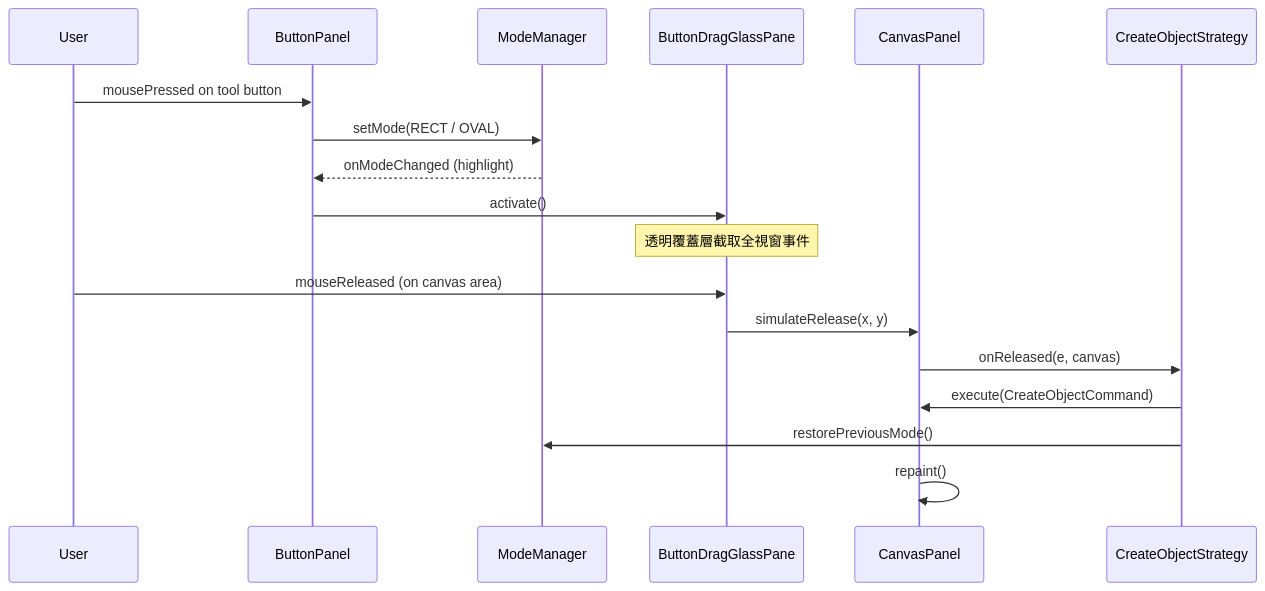
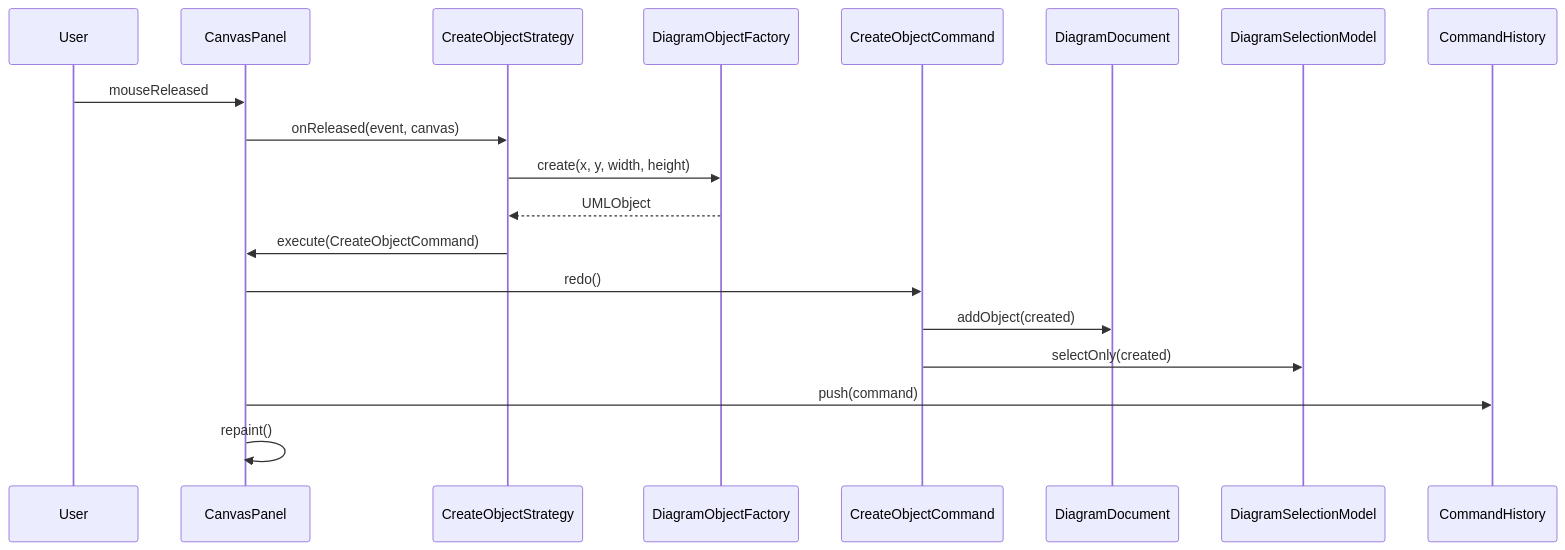
The fifth of 10 diagrams in ARCHITECTURE.md (HsuChen88/UML-demo), drawn with Mermaid before and after one commit. The commit also changed other lines of this file and 4 other files, not shown here.

Commit message:
docs: update md and diagrams

````diff
--- a/ARCHITECTURE.md
+++ b/ARCHITECTURE.md
@@ -387,21 +312,22 @@
 ```mermaid
 sequenceDiagram
     participant User
-    participant ButtonPanel
-    participant ModeManager
-    participant ButtonDragGlassPane
-    participant CanvasPanel
-    participant CreateObjectStrategy
+    participant CP as CanvasPanel
+    participant Strategy as CreateObjectStrategy
+    participant Factory as DiagramObjectFactory
+    participant Cmd as CreateObjectCommand
+    participant Doc as DiagramDocument
+    participant Sel as DiagramSelectionModel
+    participant Hist as CommandHistory
 
-    User->>ButtonPanel: mousePressed on tool button
-    ButtonPanel->>ModeManager: setMode(RECT / OVAL)
-    ModeManager-->>ButtonPanel: onModeChanged (highlight)
-    ButtonPanel->>ButtonDragGlassPane: activate()
-    Note over ButtonDragGlassPane: 透明覆蓋層截取全視窗事件
-    User->>ButtonDragGlassPane: mouseReleased (on canvas area)
-    ButtonDragGlassPane->>CanvasPanel: simulateRelease(x, y)
-    CanvasPanel->>CreateObjectStrategy: onReleased(e, canvas)
-    CreateObjectStrategy->>CanvasPanel: execute(CreateObjectCommand)
-    CreateObjectStrategy->>ModeManager: restorePreviousMode()
-    CanvasPanel->>CanvasPanel: repaint()
+    User->>CP: mouseReleased
+    CP->>Strategy: onReleased(event, canvas)
+    Strategy->>Factory: create(x, y, width, height)
+    Factory-->>Strategy: UMLObject
+    Strategy->>CP: execute(CreateObjectCommand)
+    CP->>Cmd: redo()
+    Cmd->>Doc: addObject(created)
+    Cmd->>Sel: selectOnly(created)
+    CP->>Hist: push(command)
+    CP->>CP: repaint()
 ```
````
